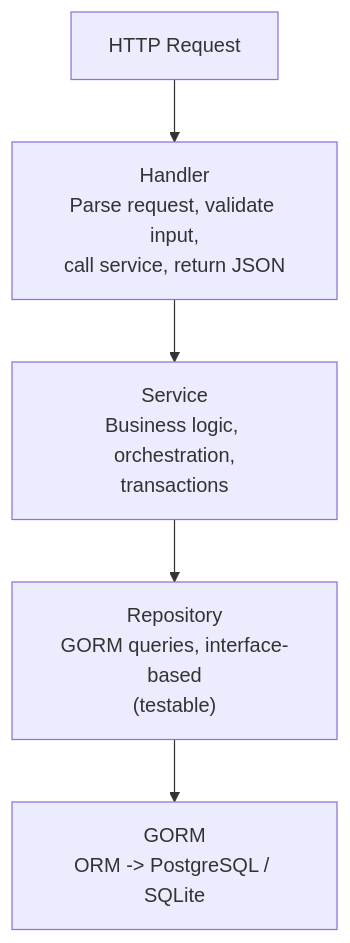
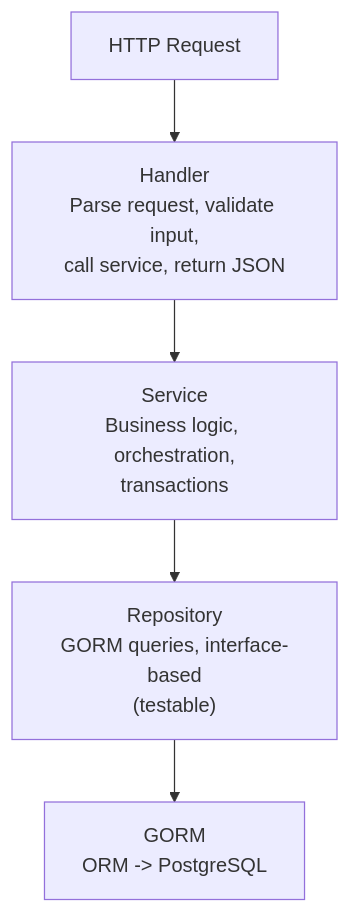
The second of 11 diagrams in docs/technical/SYSTEM_DESIGN.md (nhannht/viecz), drawn with Mermaid before and after one commit. The commit also changed other lines of this file and 22 other files, not shown here.

First line of the commit message:
feat: Migrate test server to PostgreSQL, add "Your Task" badge, E2E tests (KNS-62)

````diff
--- a/docs/technical/SYSTEM_DESIGN.md
+++ b/docs/technical/SYSTEM_DESIGN.md
@@ -106,7 +106,7 @@
 ```mermaid
 graph TD
     A["HTTP Request"] --> B["Handler<br/>Parse request, validate input,<br/>call service, return JSON"]
     B --> C["Service<br/>Business logic, orchestration,<br/>transactions"]
     C --> D["Repository<br/>GORM queries, interface-based<br/>(testable)"]
-    D --> E["GORM<br/>ORM -> PostgreSQL / SQLite"]
+    D --> E["GORM<br/>ORM -> PostgreSQL"]
 ```
````
